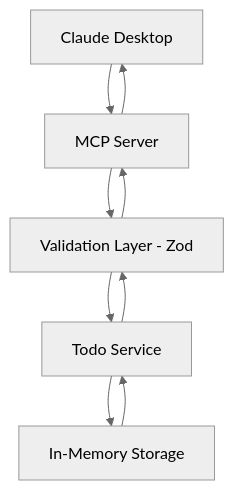
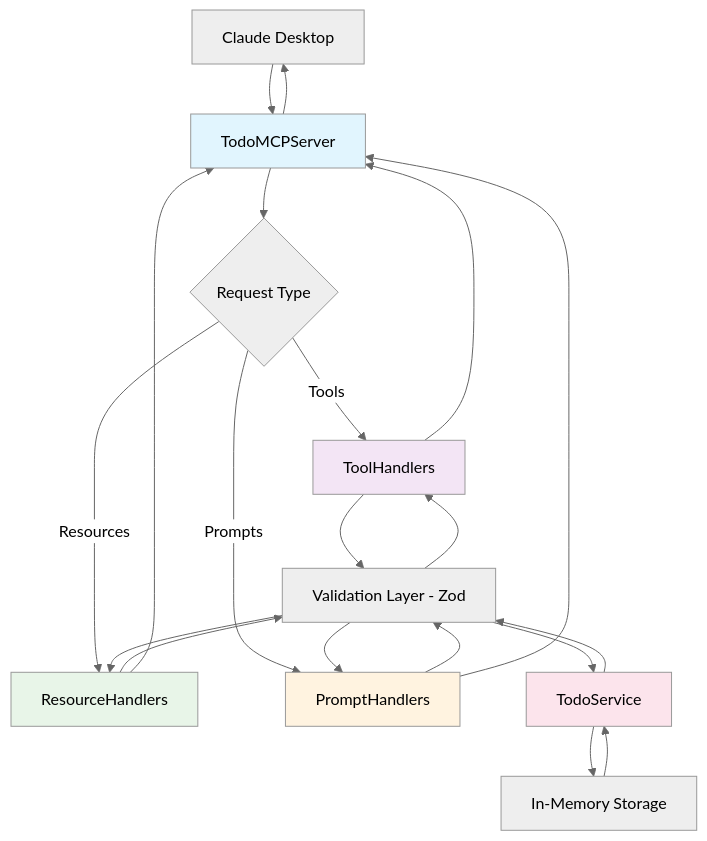
Before and after one commit to Sumon2525-in/todo-list-mcp-server: the diagram in README.md, drawn with Mermaid (neutral theme). The commit also changed other lines of this file, not shown here.

Commit message:
docs: Enhance README.md with SOLID principles and project architecture details

````diff
--- a/README.md
+++ b/README.md
@@ -70,11 +107,33 @@
 ```mermaid
 graph TB
-    A[Claude Desktop] --> B[MCP Server]
-    B --> C[Validation Layer - Zod]
-    C --> D[Todo Service]
-    D --> E[In-Memory Storage]
-    E --> D
-    D --> C
-    C --> B
+    A[Claude Desktop] --> B[TodoMCPServer]
+    B --> C{Request Type}
+    
+    C -->|Tools| D[ToolHandlers]
+    C -->|Resources| E[ResourceHandlers]  
+    C -->|Prompts| F[PromptHandlers]
+    
+    D --> G[Validation Layer - Zod]
+    E --> G
+    F --> G
+    
+    G --> H[TodoService]
+    H --> I[In-Memory Storage]
+    
+    I --> H
+    H --> G
+    G --> D
+    G --> E
+    G --> F
+    
+    D --> B
+    E --> B
+    F --> B
     B --> A
+    
+    style B fill:#e1f5fe
+    style D fill:#f3e5f5
+    style E fill:#e8f5e8
+    style F fill:#fff3e0
+    style H fill:#fce4ec
 ```
````
